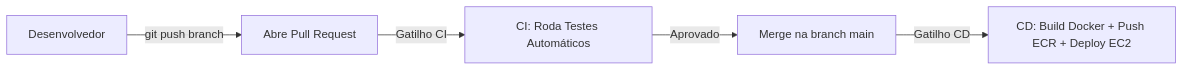
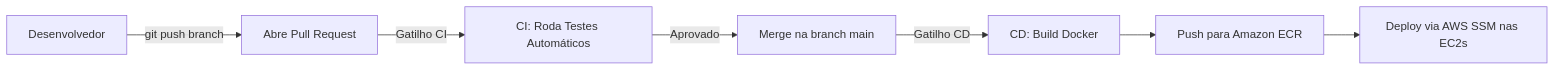
One commit to Projeto-de-Extensao-GP-06/Infraestrutura changed the second of 3 diagrams in PASSO_A_PASSO.md. Above: the diagram before and after it, drawn with Mermaid. The commit also changed other lines of this file, not shown here.

````diff
--- a/PASSO_A_PASSO.md
+++ b/PASSO_A_PASSO.md
@@ -107,7 +243,9 @@
 ```mermaid
 flowchart LR
     Dev[Desenvolvedor] -->|git push branch| PR[Abre Pull Request]
     PR -->|Gatilho CI| Testes[CI: Roda Testes Automáticos]
     Testes -->|Aprovado| Merge[Merge na branch main]
-    Merge -->|Gatilho CD| Deploy[CD: Build Docker + Push ECR + Deploy EC2]
+    Merge -->|Gatilho CD| Build[CD: Build Docker]
+    Build --> ECR[Push para Amazon ECR]
+    ECR --> SSM[Deploy via AWS SSM nas EC2s]
 ```
````
